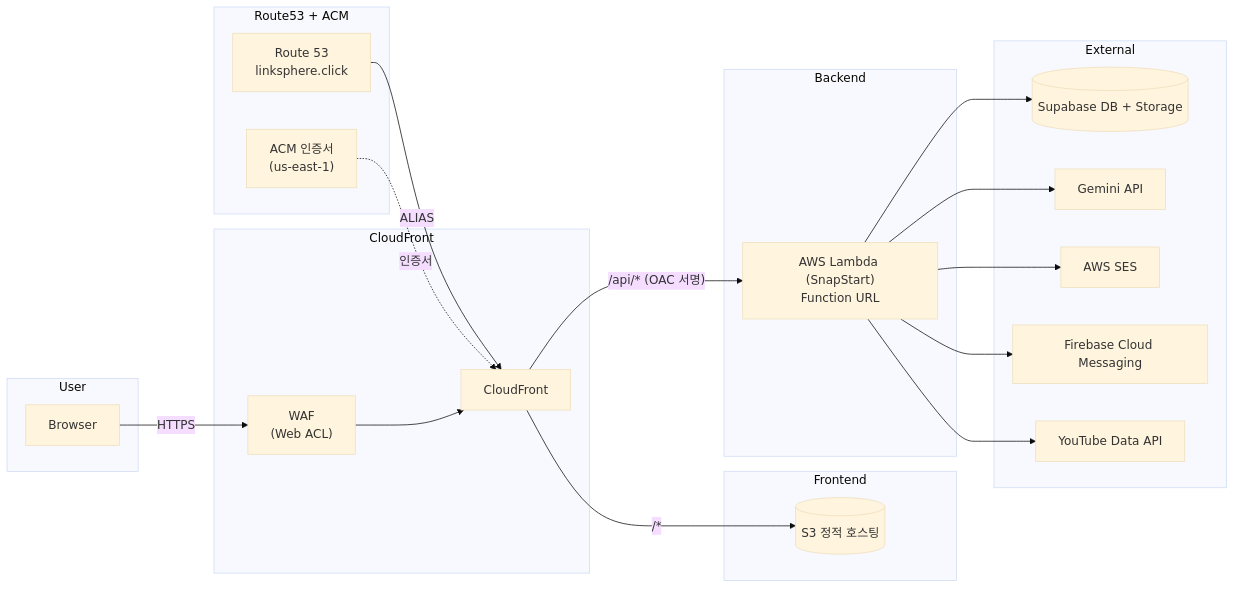
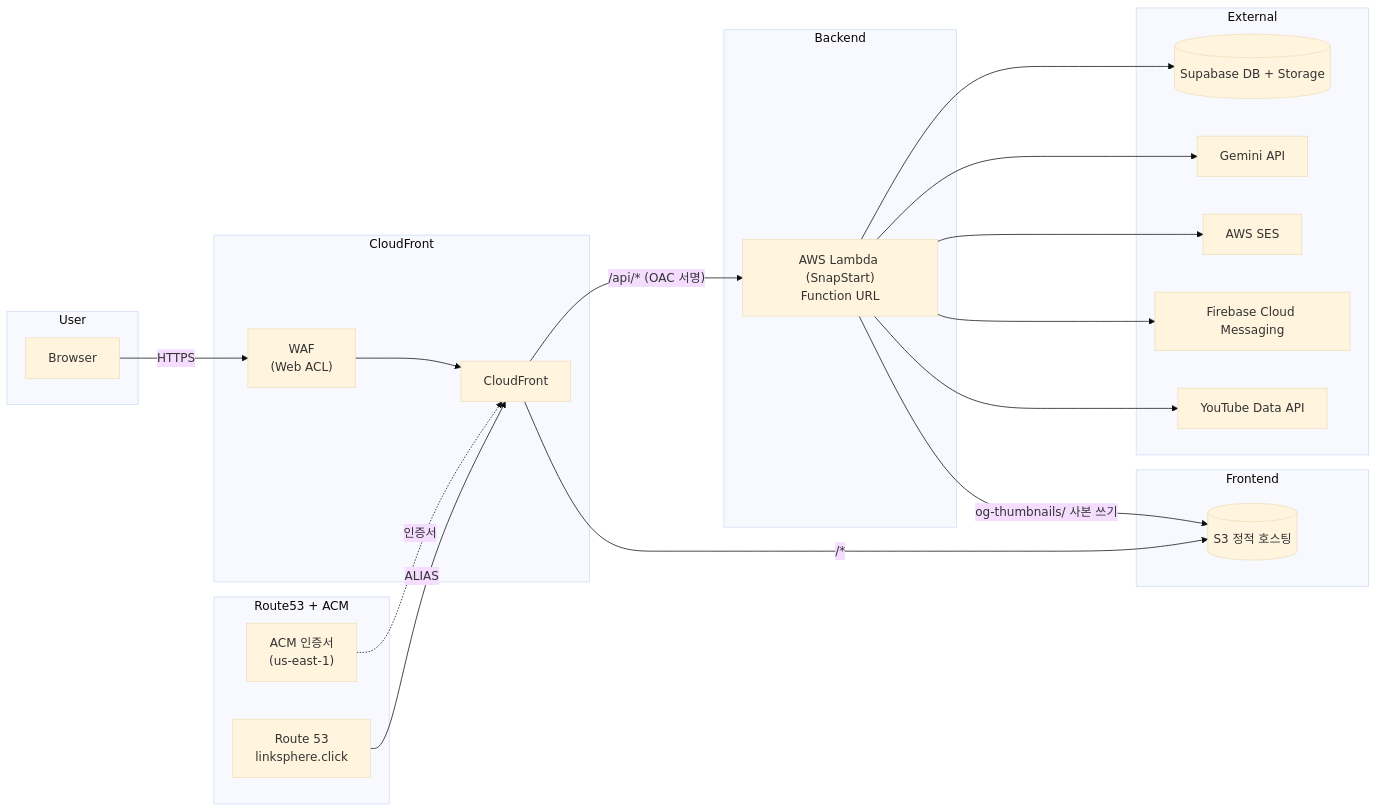
Before and after one commit to BAECHAN/link-sphere_FE_NEW: the first of 4 diagrams in docs/SYSTEM-ARCHITECTURE.md, drawn with Mermaid (base theme). The commit also changed other lines of this file and 16 other files, not shown here.

````diff
--- a/docs/SYSTEM-ARCHITECTURE.md
+++ b/docs/SYSTEM-ARCHITECTURE.md
@@ -13,38 +13,39 @@
 ```mermaid
 flowchart LR
   subgraph user [User]
     Browser[Browser]
   end
   subgraph dns [Route53 + ACM]
     R53["Route 53<br/>linksphere.click"]
     ACMCert["ACM 인증서<br/>(us-east-1)"]
   end
   subgraph edge [CloudFront]
     WAF["WAF<br/>(Web ACL)"]
     CF[CloudFront]
   end
   subgraph fe [Frontend]
     S3[(S3 정적 호스팅)]
   end
   subgraph be [Backend]
     Lambda["AWS Lambda (SnapStart)<br/>Function URL"]
   end
   subgraph external [External]
     Supabase[(Supabase DB + Storage)]
     Gemini[Gemini API]
     SES[AWS SES]
     FCM[Firebase Cloud Messaging]
     YouTube[YouTube Data API]
   end
   R53 -->|ALIAS| CF
   ACMCert -.인증서.-> CF
   Browser -->|HTTPS| WAF
   WAF --> CF
   CF -->|"/*"| S3
   CF -->|"/api/* (OAC 서명)"| Lambda
   Lambda --> Supabase
   Lambda --> Gemini
   Lambda --> SES
   Lambda --> FCM
   Lambda --> YouTube
+  Lambda -->|"og-thumbnails/ 사본 쓰기"| S3
 ```
````
